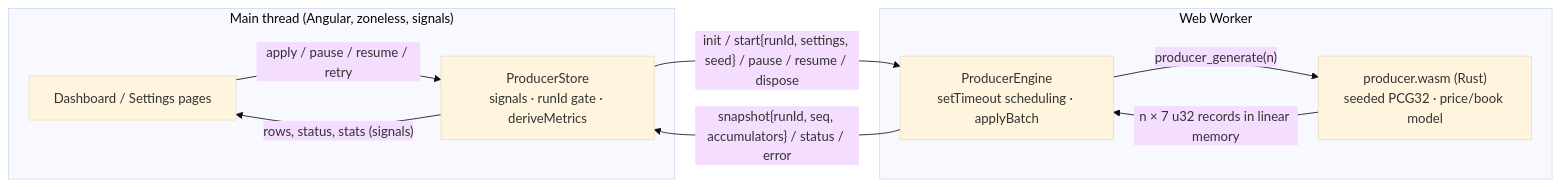
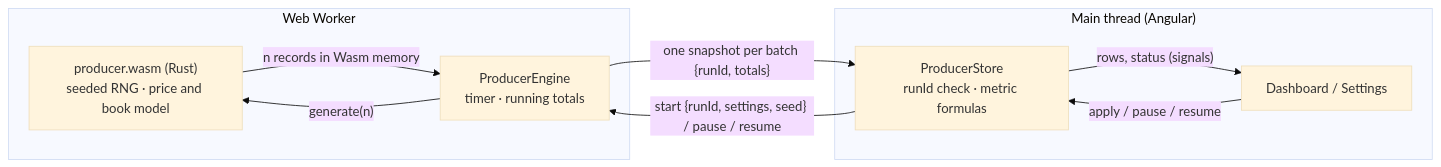
Before and after one commit to vvitkus-dev/findev: the diagram in README.md, drawn with Mermaid (base theme). The commit also changed other lines of this file, not shown here.

````diff
--- a/README.md
+++ b/README.md
@@ -23,17 +32,17 @@
 ```mermaid
 flowchart LR
-  subgraph Main["Main thread (Angular, zoneless, signals)"]
-    Pages["Dashboard / Settings pages"]
-    Store["ProducerStore<br/>signals · runId gate · deriveMetrics"]
-    Pages -- "apply / pause / resume / retry" --> Store
-    Store -- "rows, status, stats (signals)" --> Pages
+  subgraph Worker["Web Worker"]
+    Wasm["producer.wasm (Rust)<br/>seeded RNG · price and book model"]
+    Engine["ProducerEngine<br/>timer · running totals"]
+    Engine -- "generate(n)" --> Wasm
+    Wasm -- "n records in Wasm memory" --> Engine
   end
-  subgraph Worker["Web Worker"]
-    Engine["ProducerEngine<br/>setTimeout scheduling · applyBatch"]
-    Wasm["producer.wasm (Rust)<br/>seeded PCG32 · price/book model"]
-    Engine -- "producer_generate(n)" --> Wasm
-    Wasm -- "n × 7 u32 records in linear memory" --> Engine
+  subgraph Main["Main thread (Angular)"]
+    Store["ProducerStore<br/>runId check · metric formulas"]
+    Pages["Dashboard / Settings"]
+    Store -- "rows, status (signals)" --> Pages
+    Pages -- "apply / pause / resume" --> Store
   end
-  Store -- "init / start{runId, settings, seed} / pause / resume / dispose" --> Engine
-  Engine -- "snapshot{runId, seq, accumulators} / status / error" --> Store
+  Store -- "start {runId, settings, seed} / pause / resume" --> Engine
+  Engine -- "one snapshot per batch {runId, totals}" --> Store
 ```
````
